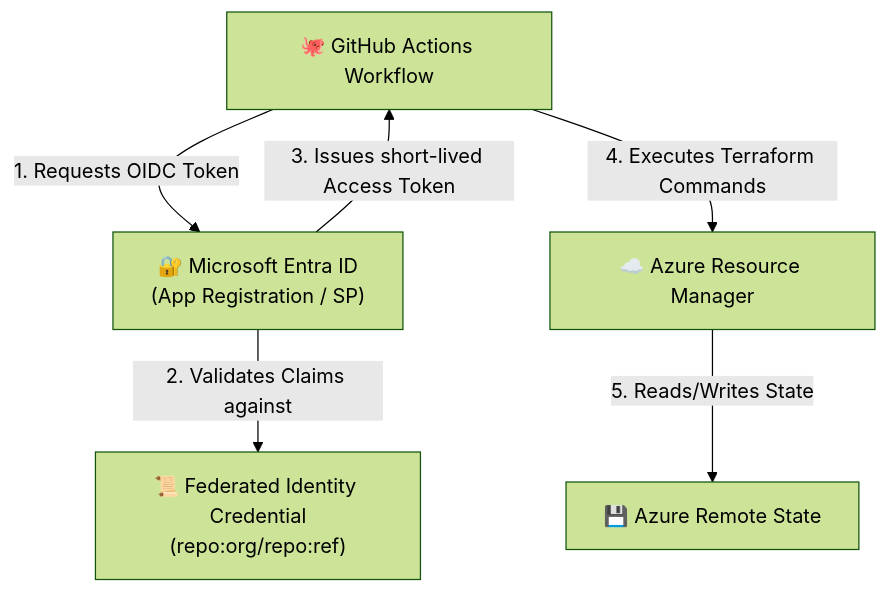
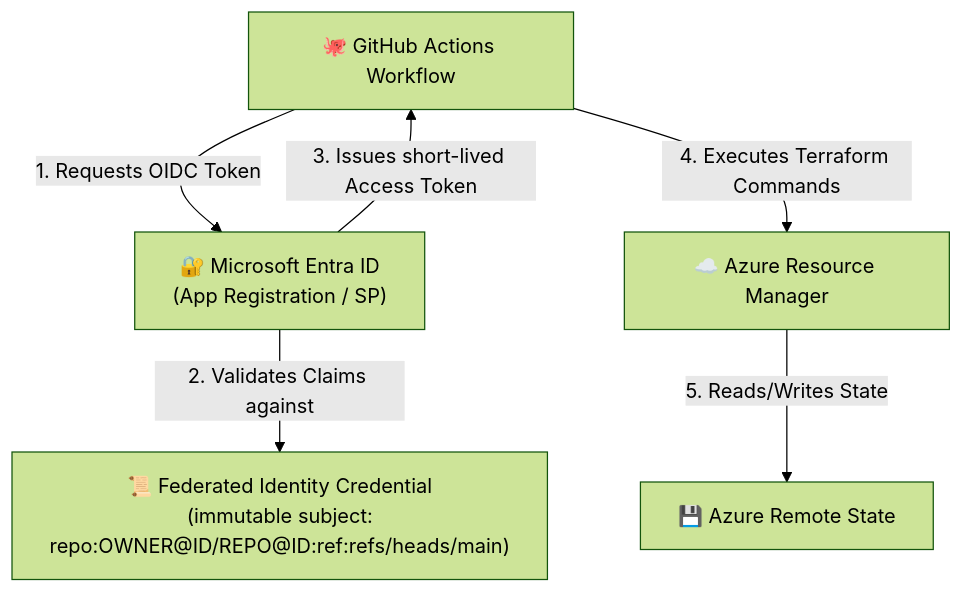
Before and after one commit to HarshAgarwal1102/ai-terraform-drift-detector: the second of 3 diagrams in docs/architecture.md, drawn with Mermaid (forest theme). The commit also changed other lines of this file and 2 other files, not shown here.

First line of the commit message:
docs: finalize Phase 2 architecture and OIDC documentation

````diff
--- a/docs/architecture.md
+++ b/docs/architecture.md
@@ -91,14 +93,14 @@
 ```mermaid
 flowchart TD
     GHA["🐙 GitHub Actions Workflow"]
     ENTRA["🔐 Microsoft Entra ID<br/>(App Registration / SP)"]
-    FED_CRED["📜 Federated Identity Credential<br/>(repo:org/repo:ref)"]
+    FED_CRED["📜 Federated Identity Credential<br/>(immutable subject:<br/>repo:OWNER@ID/REPO@ID:ref:refs/heads/main)"]
     AZURE_ARM["☁️ Azure Resource Manager"]
     TF_REMOTE["💾 Azure Remote State"]
 
     GHA -->|"1. Requests OIDC Token"| ENTRA
     ENTRA -->|"2. Validates Claims against"| FED_CRED
     ENTRA -->|"3. Issues short-lived Access Token"| GHA
     GHA -->|"4. Executes Terraform Commands"| AZURE_ARM
     AZURE_ARM -->|"5. Reads/Writes State"| TF_REMOTE
 ```
````
